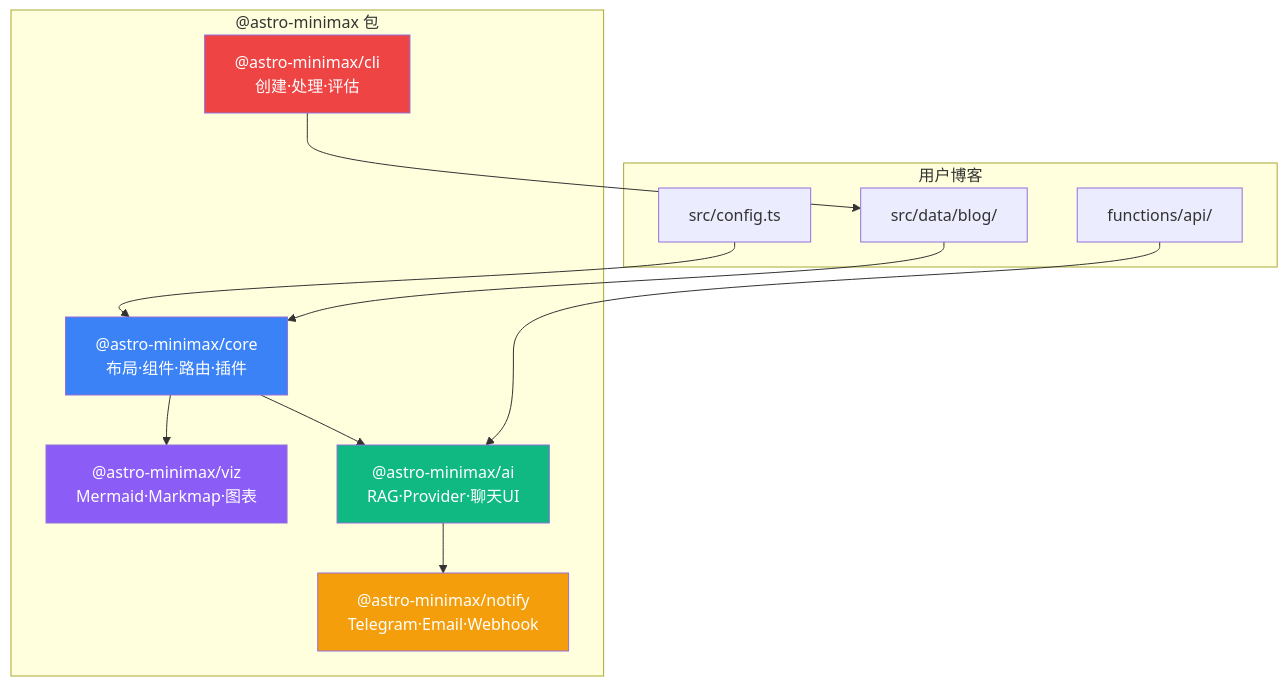
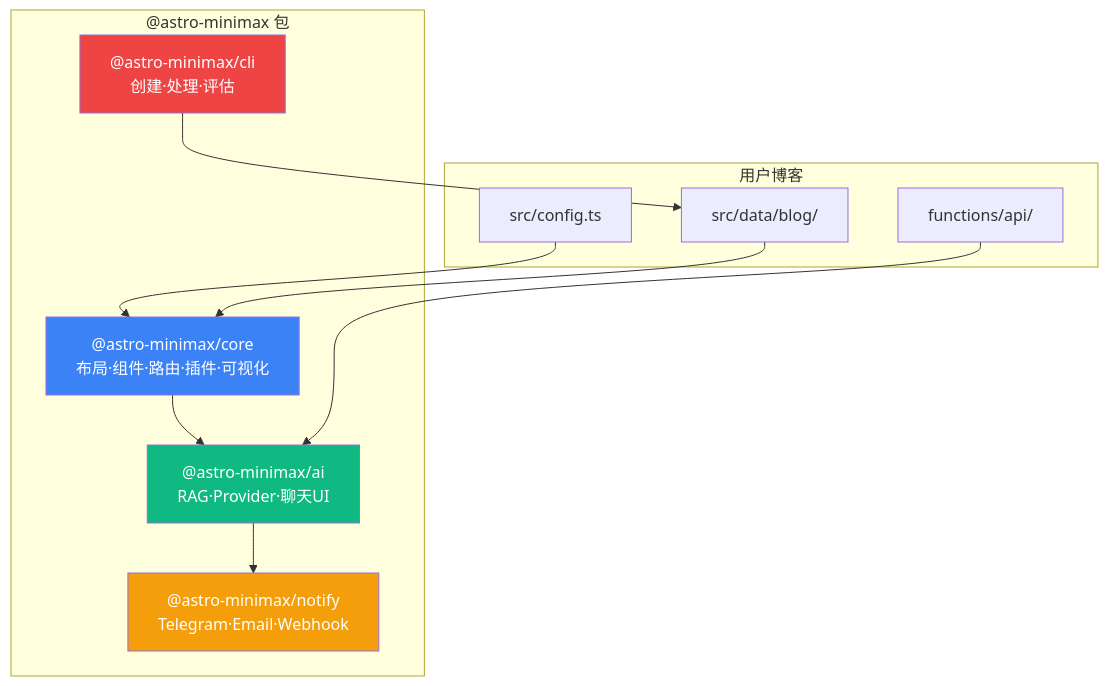
Before and after one commit to souloss/astro-minimax: the diagram in apps/blog/src/data/blog/zh/feature-overview.md, drawn with Mermaid. The commit also changed other lines of this file and 84 other files, not shown here.

````diff
--- a/apps/blog/src/data/blog/zh/feature-overview.md
+++ b/apps/blog/src/data/blog/zh/feature-overview.md
@@ -20,30 +20,27 @@
 ```mermaid
 graph TB
     subgraph 用户博客
         Config[src/config.ts]
         Content[src/data/blog/]
         Functions[functions/api/]
     end
 
     subgraph "@astro-minimax 包"
-        Core["@astro-minimax/core<br/>布局·组件·路由·插件"]
-        Viz["@astro-minimax/viz<br/>Mermaid·Markmap·图表"]
+        Core["@astro-minimax/core<br/>布局·组件·路由·插件·可视化"]
         AI["@astro-minimax/ai<br/>RAG·Provider·聊天UI"]
         Notify["@astro-minimax/notify<br/>Telegram·Email·Webhook"]
         CLI["@astro-minimax/cli<br/>创建·处理·评估"]
     end
 
     Config --> Core
     Content --> Core
-    Core --> Viz
     Core --> AI
     AI --> Notify
     Functions --> AI
     CLI --> Content
 
     style Core fill:#3b82f6,color:#fff
-    style Viz fill:#8b5cf6,color:#fff
     style AI fill:#10b981,color:#fff
     style Notify fill:#f59e0b,color:#fff
     style CLI fill:#ef4444,color:#fff
 ```
````
